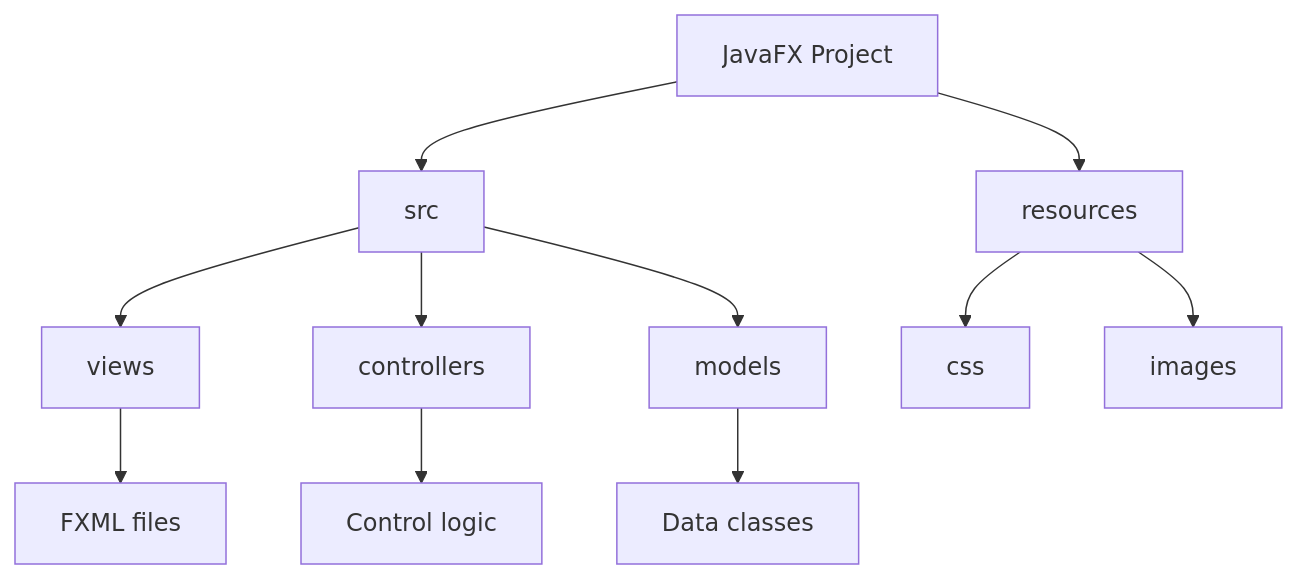
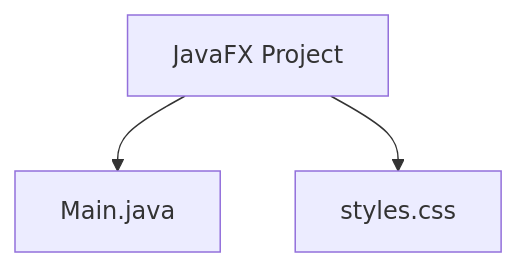
One commit to DanielCreggOrganization/w11-lab-javafx-zainabajiboye changed the first of 4 diagrams in README.md. Above: the diagram before and after it, drawn with Mermaid. The commit also changed other lines of this file, not shown here.

````diff
--- a/README.md
+++ b/README.md
@@ -20,13 +22,5 @@
 ```mermaid
 graph TD
-    A[JavaFX Project] --> B[src]
-    A --> C[resources]
-    B --> D[views]
-    B --> E[controllers]
-    B --> F[models]
-    C --> G[css]
-    C --> H[images]
-    D --> I[FXML files]
-    E --> J[Control logic]
-    F --> K[Data classes]
+    A[JavaFX Project] --> B[Main.java]
+    A --> C[styles.css]
 ```
````
